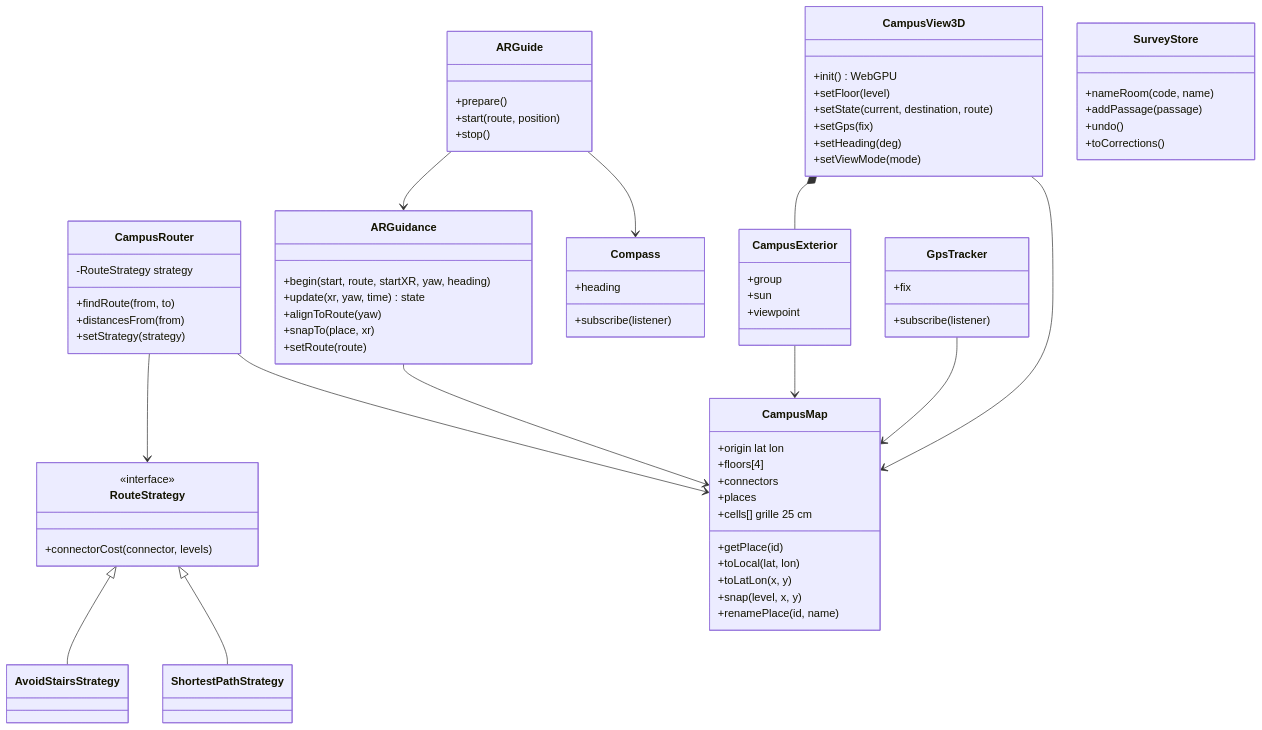
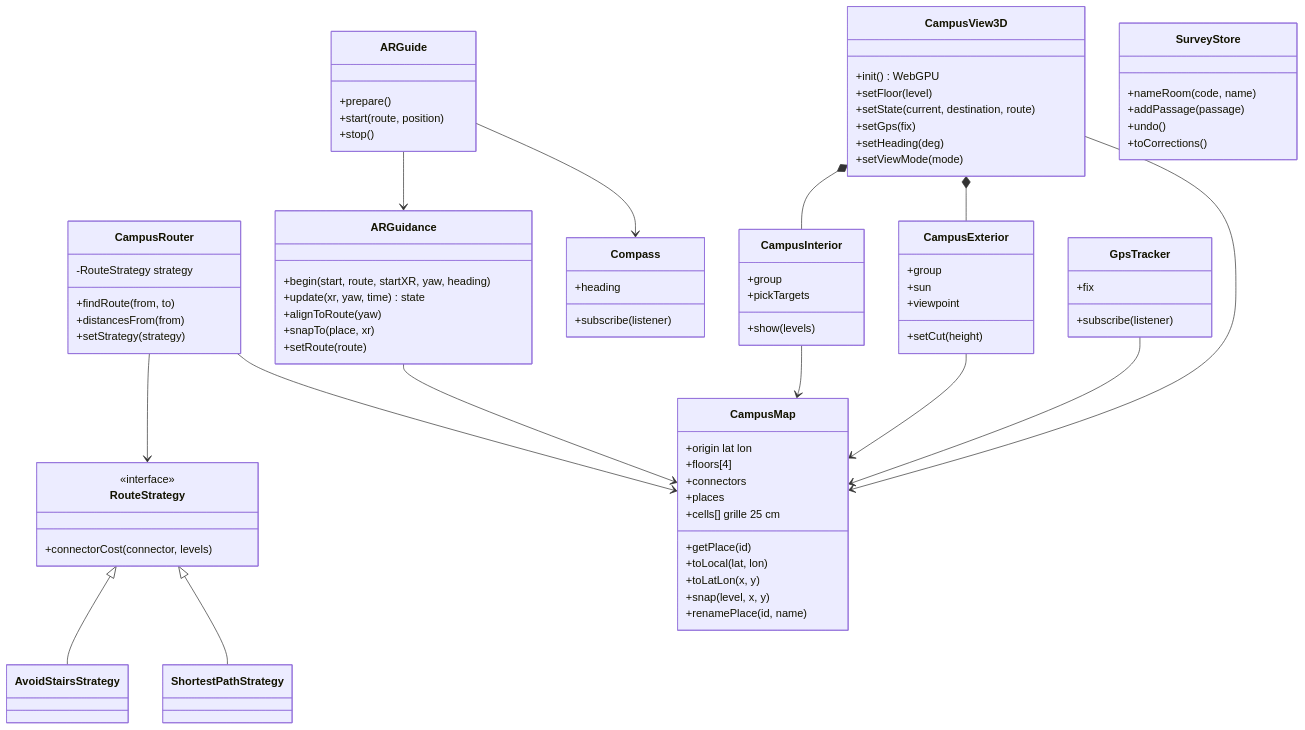
Before and after one commit to yessinomhiri-cpu/indoor-wayfinder: the fourth of 5 diagrams in docs/design-notebook.md, drawn with Mermaid. The commit also changed other lines of this file and 15 other files, not shown here.

First line of the commit message:
feat: daylight cut-away of every floor in the 3D view (v3.8.0)

```diff
--- a/docs/design-notebook.md
+++ b/docs/design-notebook.md
@@ -194,6 +196,12 @@
         +group
         +sun
         +viewpoint
+        +setCut(height)
+    }
+    class CampusInterior {
+        +group
+        +show(levels)
+        +pickTargets
     }
     class ARGuide {
         +prepare()
@@ -227,6 +235,8 @@
     RouteStrategy <|-- AvoidStairsStrategy
     CampusView3D --> CampusMap
     CampusView3D *-- CampusExterior
+    CampusView3D *-- CampusInterior
+    CampusInterior --> CampusMap
     CampusExterior --> CampusMap
     ARGuide --> Compass
     ARGuide --> ARGuidance
```
